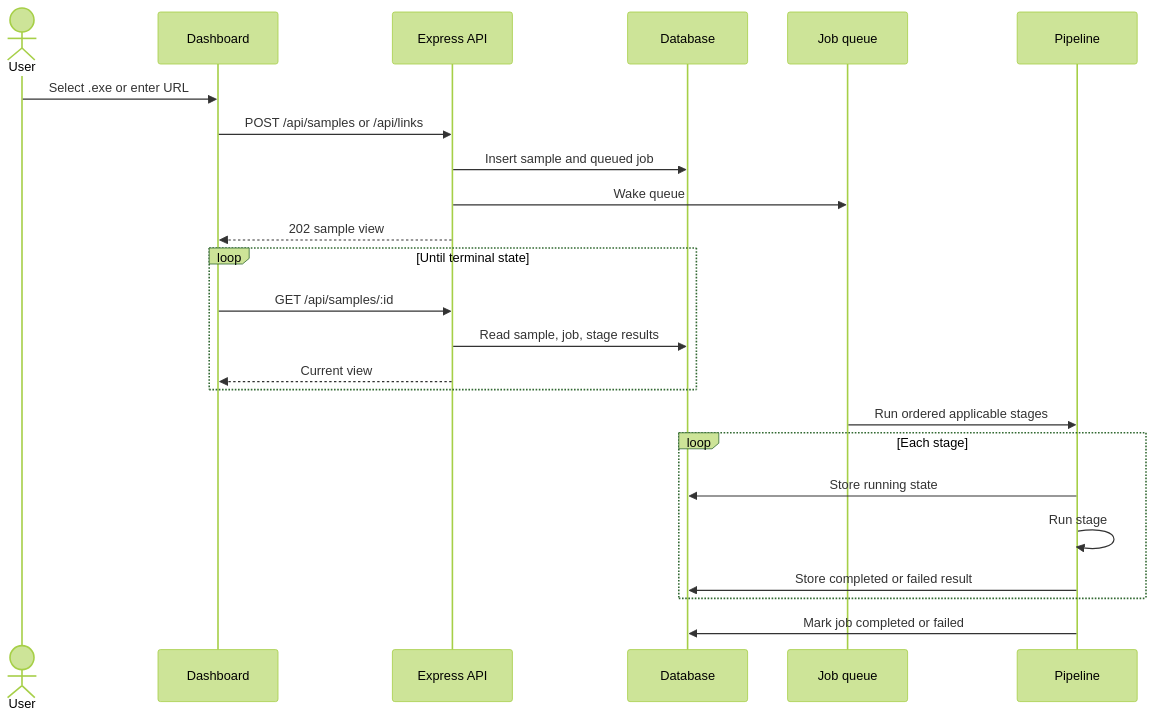
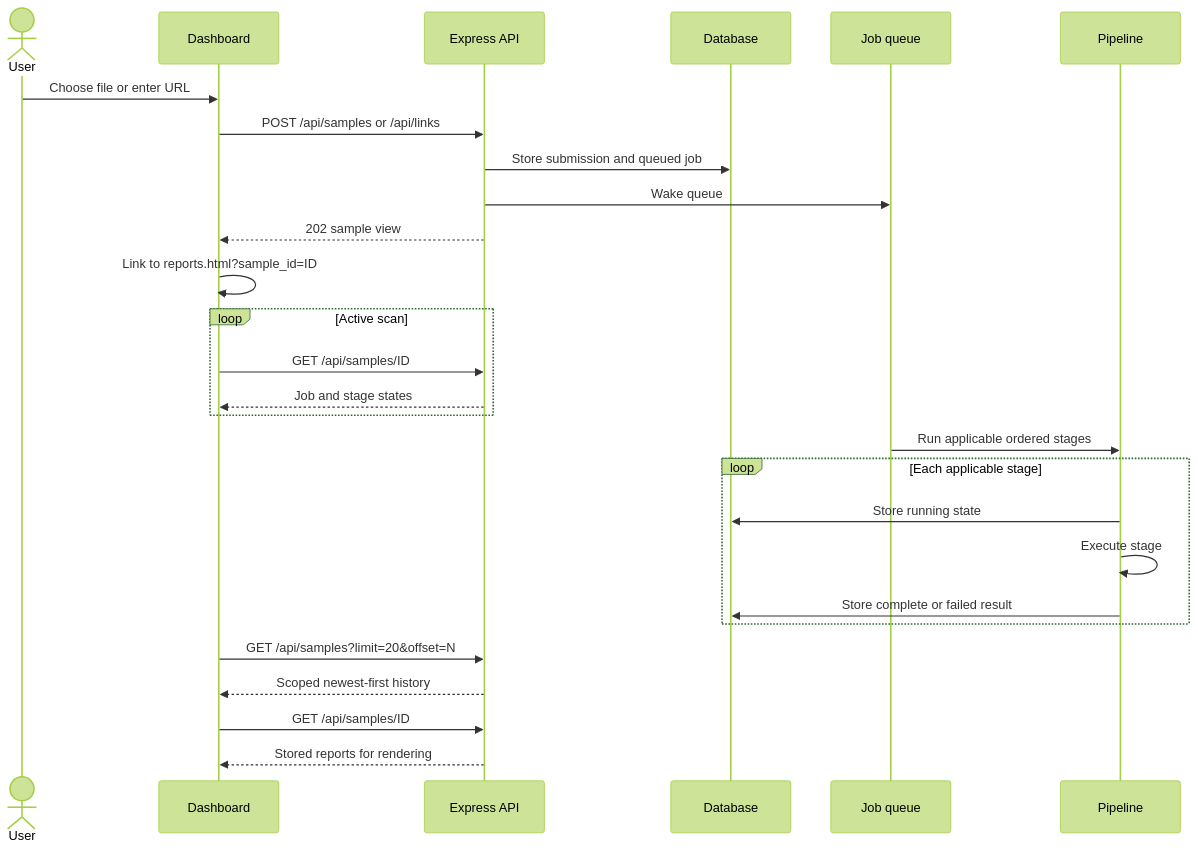
One commit to VinnyBitties/CS-4398-Project changed the second of 2 diagrams in docs/architecture.md. Above: the diagram before and after it, drawn with Mermaid (forest theme). The commit also changed other lines of this file and 29 other files, not shown here.

````diff
--- a/docs/architecture.md
+++ b/docs/architecture.md
@@ -40,27 +30,30 @@
 ```mermaid
 sequenceDiagram
     actor User
     participant UI as Dashboard
     participant API as Express API
     participant DB as Database
     participant Q as Job queue
     participant P as Pipeline
 
-    User->>UI: Select .exe or enter URL
+    User->>UI: Choose file or enter URL
     UI->>API: POST /api/samples or /api/links
-    API->>DB: Insert sample and queued job
+    API->>DB: Store submission and queued job
     API->>Q: Wake queue
     API-->>UI: 202 sample view
-    loop Until terminal state
-        UI->>API: GET /api/samples/:id
-        API->>DB: Read sample, job, stage results
-        API-->>UI: Current view
+    UI->>UI: Link to reports.html?sample_id=ID
+    loop Active scan
+        UI->>API: GET /api/samples/ID
+        API-->>UI: Job and stage states
     end
-    Q->>P: Run ordered applicable stages
-    loop Each stage
+    Q->>P: Run applicable ordered stages
+    loop Each applicable stage
         P->>DB: Store running state
-        P->>P: Run stage
-        P->>DB: Store completed or failed result
+        P->>P: Execute stage
+        P->>DB: Store complete or failed result
     end
-    P->>DB: Mark job completed or failed
+    UI->>API: GET /api/samples?limit=20&offset=N
+    API-->>UI: Scoped newest-first history
+    UI->>API: GET /api/samples/ID
+    API-->>UI: Stored reports for rendering
 ```
````
